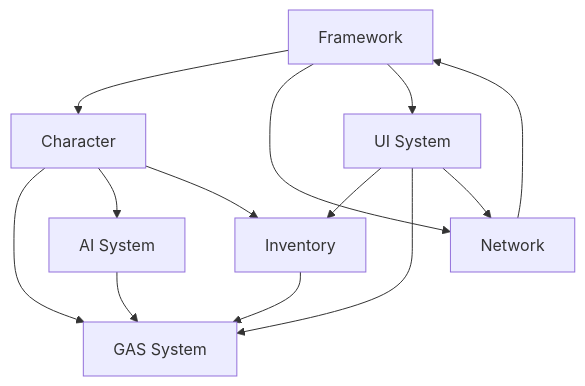
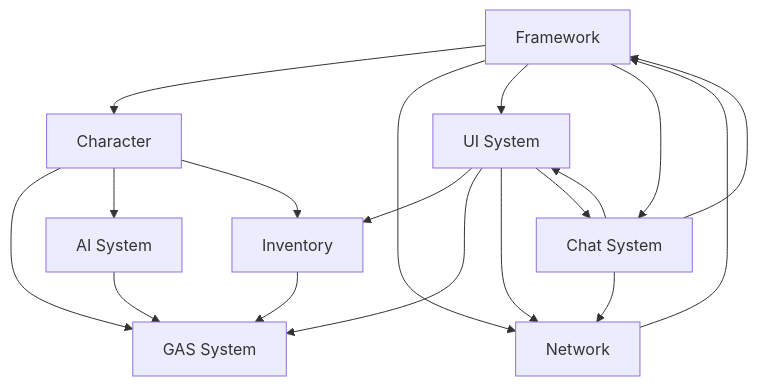
Before and after one commit to hy396/Crunch: the diagram in docs/ARCHITECTURE.md, drawn with Mermaid. The commit also changed other lines of this file and 34 other files, not shown here.

````diff
--- a/docs/ARCHITECTURE.md
+++ b/docs/ARCHITECTURE.md
@@ -241,19 +299,25 @@
 ```mermaid
 graph TB
     Framework[Framework] --> Character[Character]
     Framework --> Network[Network]
     Framework --> UI[UI System]
+    Framework --> Chat[Chat System]
     
     Character --> GAS[GAS System]
     Character --> AI[AI System]
     Character --> Inventory[Inventory]
     
     UI --> Inventory
     UI --> GAS
     UI --> Network
+    UI --> Chat
+    
+    Chat --> Network
+    Chat --> UI
+    Chat --> Framework
     
     Inventory --> GAS
     AI --> GAS
     
     Network --> Framework
 ```
````
